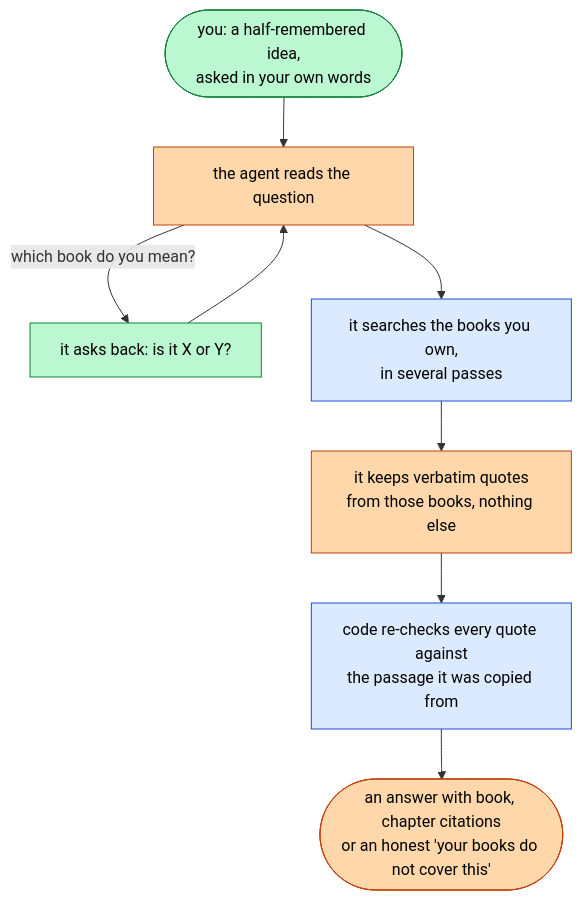
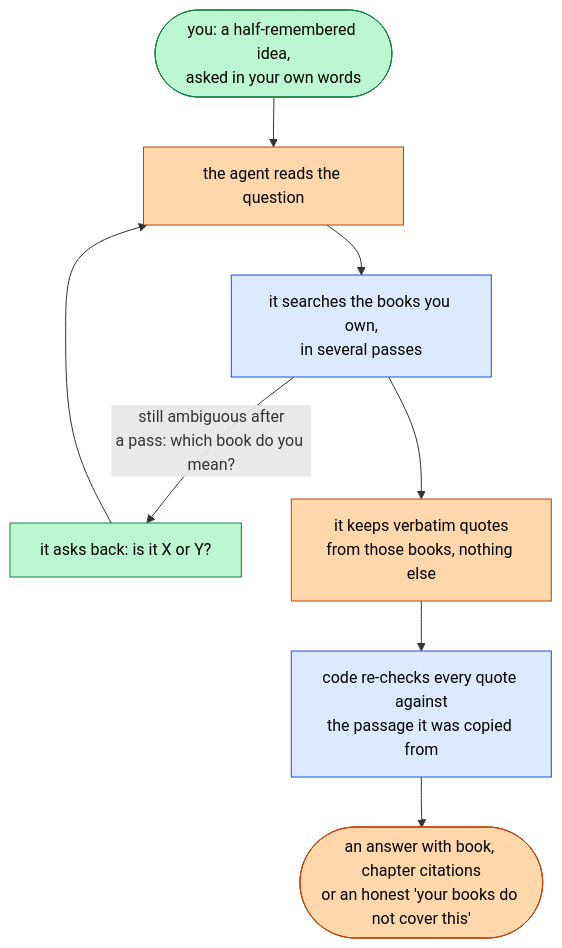
Before and after one commit to ievgen-borysenko/ask-your-library: the first of 2 diagrams in README.md, drawn with Mermaid. The commit also changed other lines of this file and 6 other files, not shown here.

First line of the commit message:
Front page: fix the diagrams' claims, trim to what a visitor needs

````diff
--- a/README.md
+++ b/README.md
@@ -15,14 +15,14 @@
 ```mermaid
 flowchart TB
     R(["you: a half-remembered idea,<br/>asked in your own words"]):::human
     R --> AG["the agent reads the question"]:::ai
-    AG -->|"which book do you mean?"| CQ["it asks back: is it X or Y?"]:::human
+    AG --> SE["it searches the books you own,<br/>in several passes"]:::code
+    SE -->|"still ambiguous after<br/>a pass: which book do you mean?"| CQ["it asks back: is it X or Y?"]:::human
     CQ --> AG
-    AG --> SE["it searches the books you own,<br/>in several passes"]:::code
     SE --> EV["it keeps verbatim quotes<br/>from those books, nothing else"]:::ai
     EV --> CK["code re-checks every quote against<br/>the passage it was copied from"]:::code
     CK --> A(["an answer with book, chapter citations<br/>or an honest 'your books do not cover this'"]):::ai
     classDef code fill:#dbeafe,stroke:#1d4ed8,color:#000
     classDef ai fill:#fed7aa,stroke:#c2410c,color:#000
     classDef human fill:#bbf7d0,stroke:#15803d,color:#000
 ```
````
